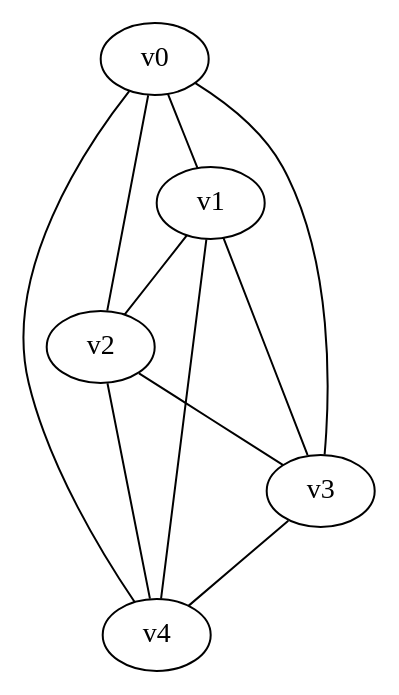
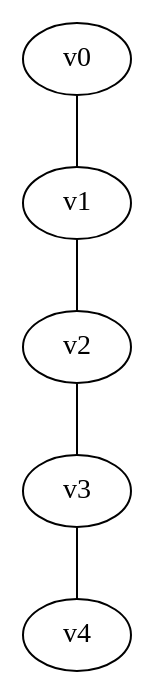
Before and after one commit to jo20046/graphen: the diagram in cmake-build-debug/aus_kantentabelle.gv, drawn with Graphviz. The commit also changed 23 other files, not shown here.

Commit message:
- Neue Klasse VerbunderGraph (erbt von Graph) - Knoten- und Kantenliste in der Graph Klasse sind jetzt protected (damit die erbenden Klassen direkt darauf zugreifen können und nicht mit den Gettern und Settern rumfummeln müssen)

```diff
--- a/cmake-build-debug/aus_kantentabelle.gv
+++ b/cmake-build-debug/aus_kantentabelle.gv
@@ -1,12 +1,6 @@
 graph {
   v0 -- v1
-  v0 -- v2
-  v0 -- v3
-  v0 -- v4
   v1 -- v2
-  v1 -- v3
-  v1 -- v4
   v2 -- v3
-  v2 -- v4
   v3 -- v4
 }
```
